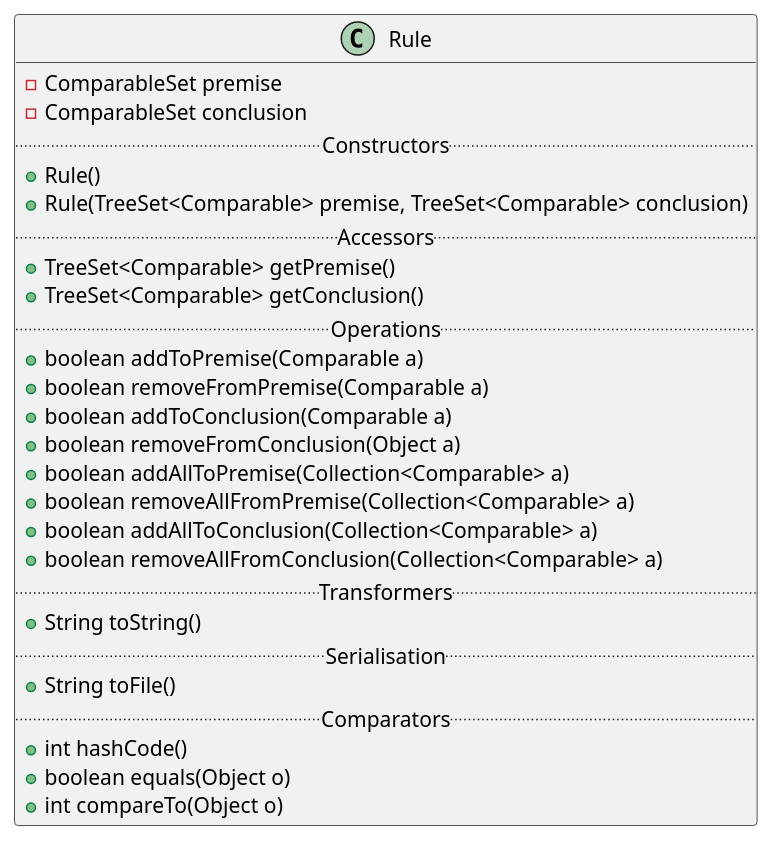
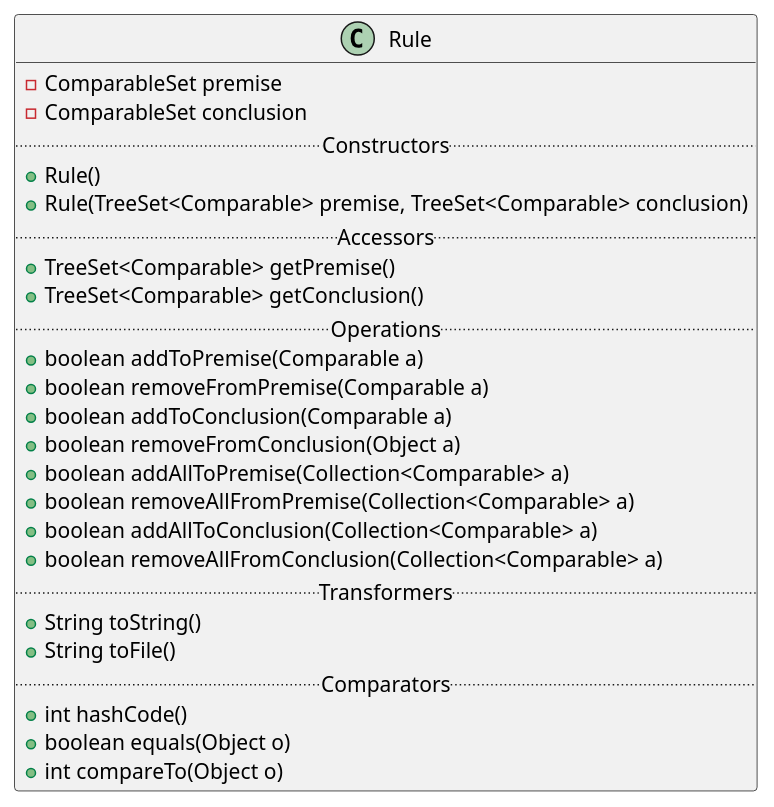
Before and after one commit to thegalactic/java-lattices: the diagram in src/lattice/Rule.iuml, drawn with PlantUML. The commit also changed 1 other file, not shown here.

```diff
--- a/src/lattice/Rule.iuml
+++ b/src/lattice/Rule.iuml
@@ -1,27 +1,26 @@
 class Rule {
     -ComparableSet premise
     -ComparableSet conclusion
     .. Constructors ..
     +Rule()
     +Rule(TreeSet<Comparable> premise, TreeSet<Comparable> conclusion)
     .. Accessors ..
     +TreeSet<Comparable> getPremise()
     +TreeSet<Comparable> getConclusion()
     .. Operations ..
     +boolean addToPremise(Comparable a)
     +boolean removeFromPremise(Comparable a)
     +boolean addToConclusion(Comparable a)
     +boolean removeFromConclusion(Object a)
     +boolean addAllToPremise(Collection<Comparable> a)
     +boolean removeAllFromPremise(Collection<Comparable> a)
     +boolean addAllToConclusion(Collection<Comparable> a)
     +boolean removeAllFromConclusion(Collection<Comparable> a)
     .. Transformers ..
     +String toString()
-    .. Serialisation ..
     +String toFile()
     .. Comparators ..
     +int hashCode()
     +boolean equals(Object o)
     +int compareTo(Object o)
 }
```
